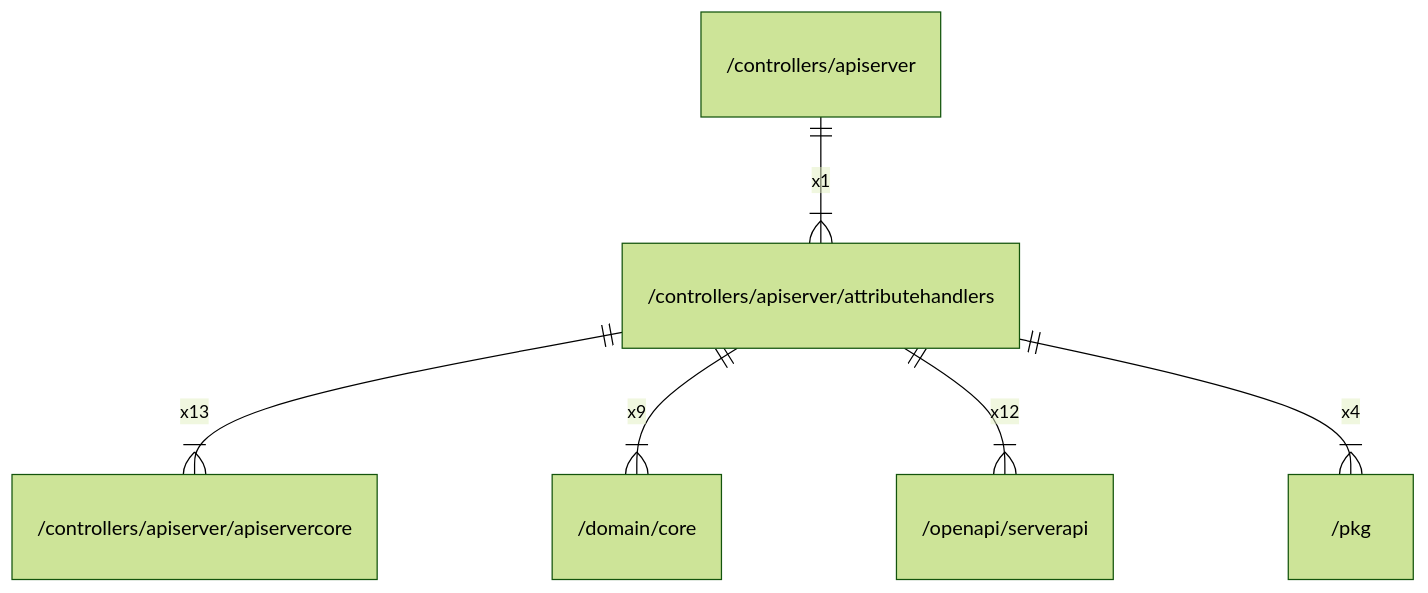
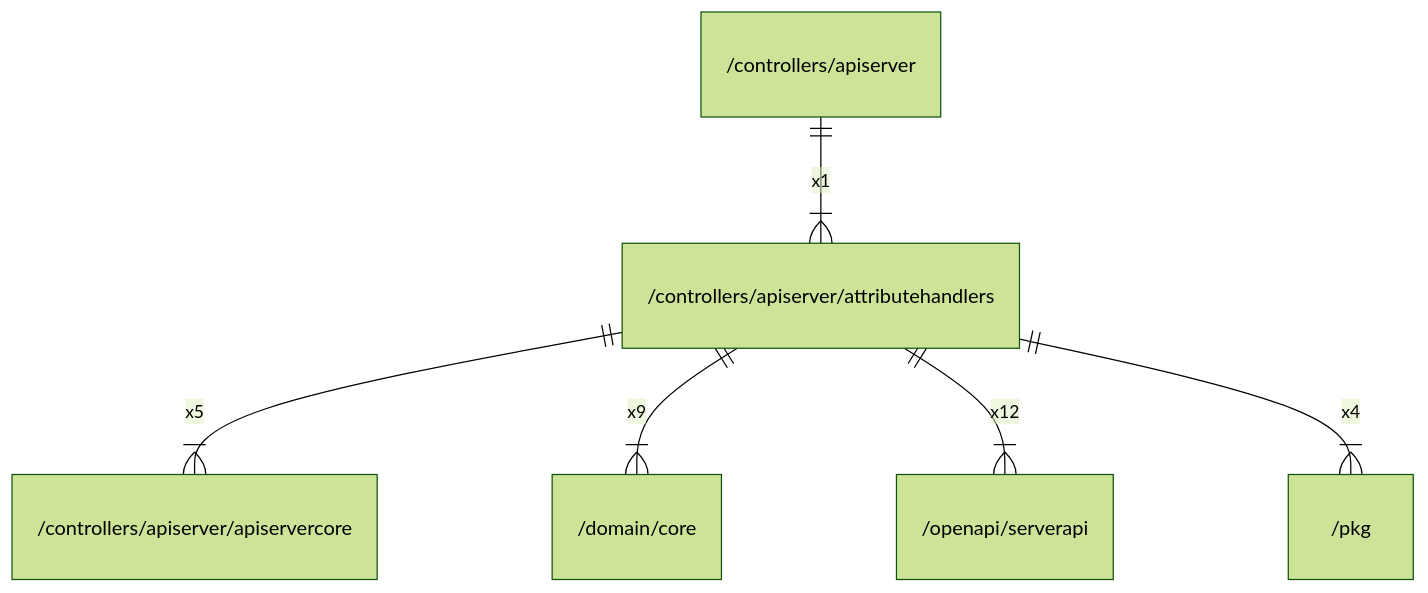
One commit to gbh007/hgraber-next changed the diagram in docs/arch/controllers/apiserver/attributehandlers.md. Above: the diagram before and after it, drawn with Mermaid (forest theme). The commit also changed other lines of this file and 98 other files, not shown here.

````diff
--- a/docs/arch/controllers/apiserver/attributehandlers.md
+++ b/docs/arch/controllers/apiserver/attributehandlers.md
@@ -23,8 +36,8 @@
 ```mermaid
 erDiagram
     "/controllers/apiserver" ||--|{ "/controllers/apiserver/attributehandlers" : x1
-    "/controllers/apiserver/attributehandlers" ||--|{ "/controllers/apiserver/apiservercore" : x13
+    "/controllers/apiserver/attributehandlers" ||--|{ "/controllers/apiserver/apiservercore" : x5
     "/controllers/apiserver/attributehandlers" ||--|{ "/domain/core" : x9
     "/controllers/apiserver/attributehandlers" ||--|{ "/openapi/serverapi" : x12
     "/controllers/apiserver/attributehandlers" ||--|{ "/pkg" : x4
 ```
````
